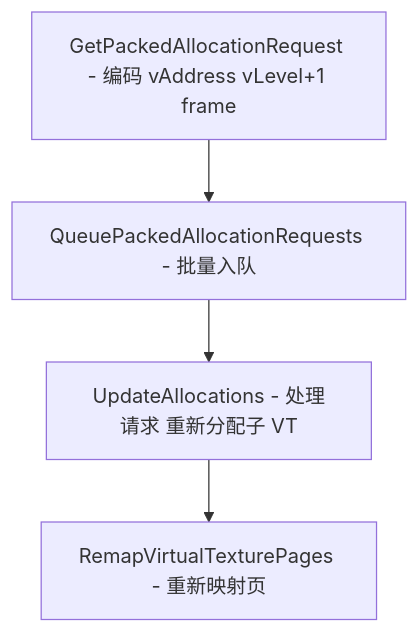
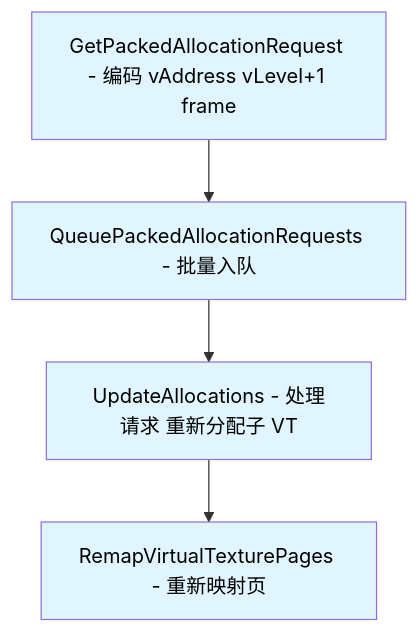
Before and after one commit to mr0ptimist/mroptimist.github.io: diagram 16 of 21 in content/posts/UE5_Virtual_Texture_与_Runtime_Virtual_Texture_源码级全流程解析.md, drawn with Mermaid. The commit also changed other lines of this file and 2 other files, not shown here.

First line of the commit message:
Mermaid 图表 Dark Reader 兼容：所有 flowchart 加 classDef 配色 + 文字强制黑色

````diff
--- a/content/posts/UE5_Virtual_Texture_与_Runtime_Virtual_Texture_源码级全流程解析.md
+++ b/content/posts/UE5_Virtual_Texture_与_Runtime_Virtual_Texture_源码级全流程解析.md
@@ -771,6 +882,9 @@
 ```mermaid
 flowchart TD
     A["GetPackedAllocationRequest - 编码 vAddress vLevel+1 frame"] --> B["QueuePackedAllocationRequests - 批量入队"]
     B --> C["UpdateAllocations - 处理请求 重新分配子 VT"]
     C --> D["RemapVirtualTexturePages - 重新映射页"]
+
+    classDef proc fill:#e1f5fe,color:#000
+    class A,B,C,D proc
 ```
````
